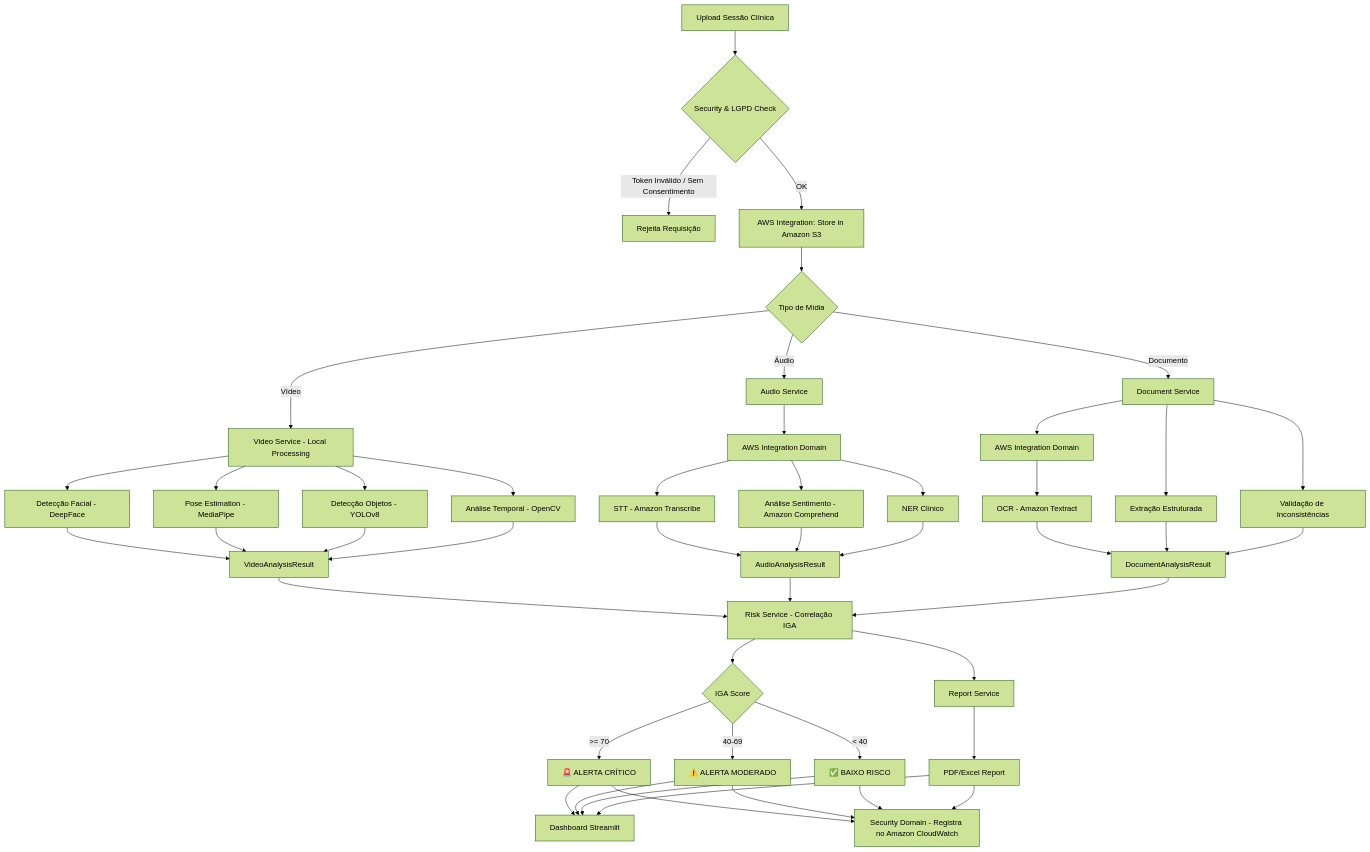
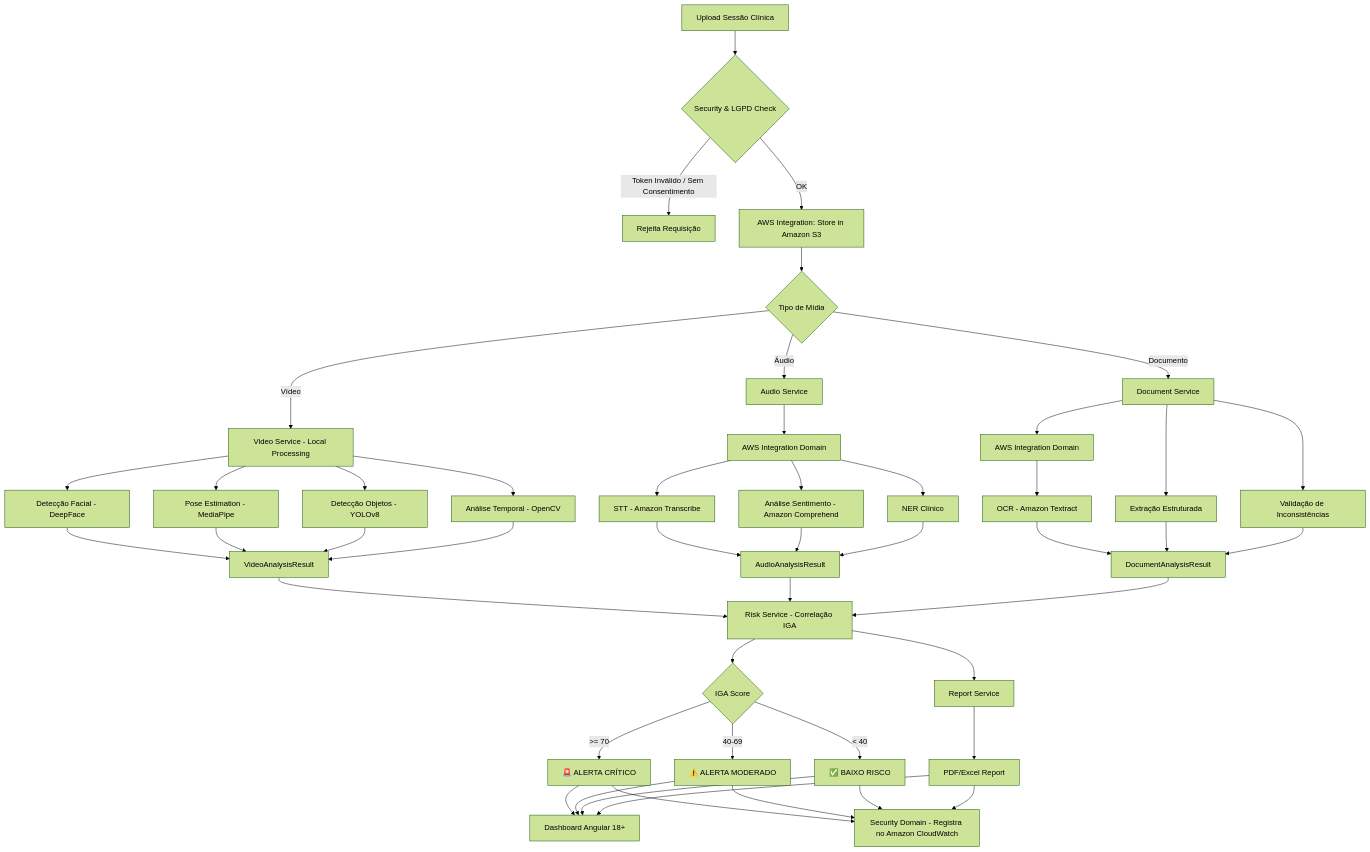
One commit to Wallace82/guardia-parto-seguro changed the fifth of 6 diagrams in docs/ARCHITECTURE.md. Above: the diagram before and after it, drawn with Mermaid (forest theme). The commit also changed other lines of this file and 20 other files, not shown here.

Commit message:
feat: add comprehensive project documentation and define initial database schema architecture

````diff
--- a/docs/ARCHITECTURE.md
+++ b/docs/ARCHITECTURE.md
@@ -209,43 +209,43 @@
 ```mermaid
 flowchart TD
     A[Upload Sessão Clínica] --> SEC{Security & LGPD Check}
     SEC -->|Token Inválido / Sem Consentimento| REJ[Rejeita Requisição]
     SEC -->|OK| C_STORE[AWS Integration: Store in Amazon S3]
     
     C_STORE --> B{Tipo de Mídia}
     B -->|Vídeo| C[Video Service - Local Processing]
     B -->|Áudio| D[Audio Service]
     B -->|Documento| E[Document Service]
 
     C --> C1[Detecção Facial - DeepFace]
     C --> C2[Pose Estimation - MediaPipe]
     C --> C3[Detecção Objetos - YOLOv8]
     C --> C4[Análise Temporal - OpenCV]
 
     D --> D_CLOUD[AWS Integration Domain]
     D_CLOUD --> D1[STT - Amazon Transcribe]
     D_CLOUD --> D2[Análise Sentimento - Amazon Comprehend]
     D_CLOUD --> D3[NER Clínico]
 
     E --> E_CLOUD[AWS Integration Domain]
     E_CLOUD --> E1[OCR - Amazon Textract]
     E --> E2[Extração Estruturada]
     E --> E3[Validação de Inconsistências]
 
     C1 & C2 & C3 & C4 --> F[VideoAnalysisResult]
     D1 & D2 & D3 --> G[AudioAnalysisResult]
     E1 & E2 & E3 --> H[DocumentAnalysisResult]
 
     F & G & H --> I[Risk Service - Correlação IGA]
     I --> J{IGA Score}
     J -->|>= 70| K[🚨 ALERTA CRÍTICO]
     J -->|40-69| L[⚠️ ALERTA MODERADO]
     J -->|< 40| M[✅ BAIXO RISCO]
 
     I --> N[Report Service]
     N --> O[PDF/Excel Report]
-    K & L & M --> P[Dashboard Streamlit]
+    K & L & M --> P[Dashboard Angular 18+]
     O --> P
     
     K & L & M & O --> AUDIT[Security Domain - Registra no Amazon CloudWatch]
 ```
````
